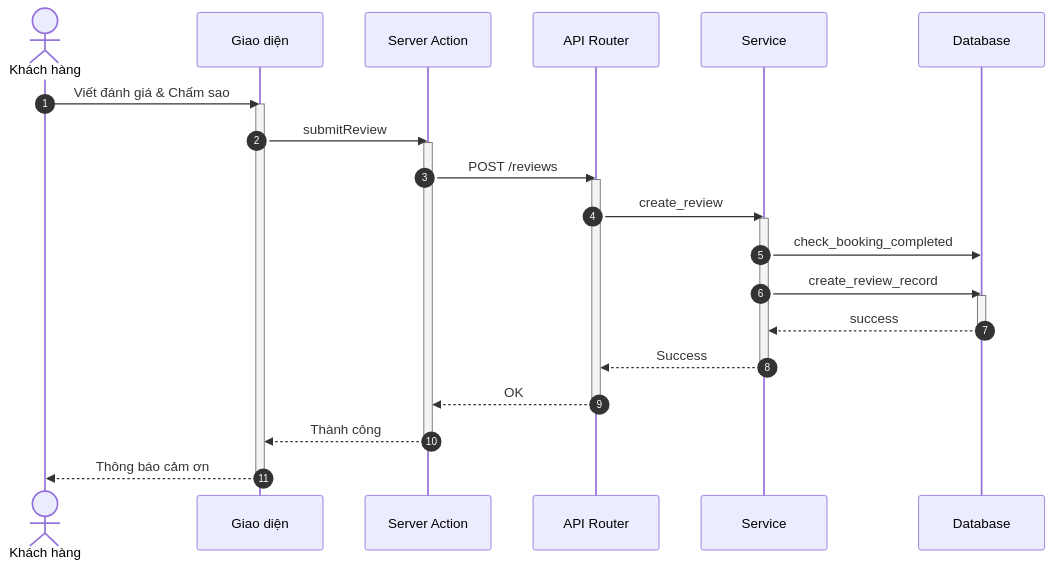
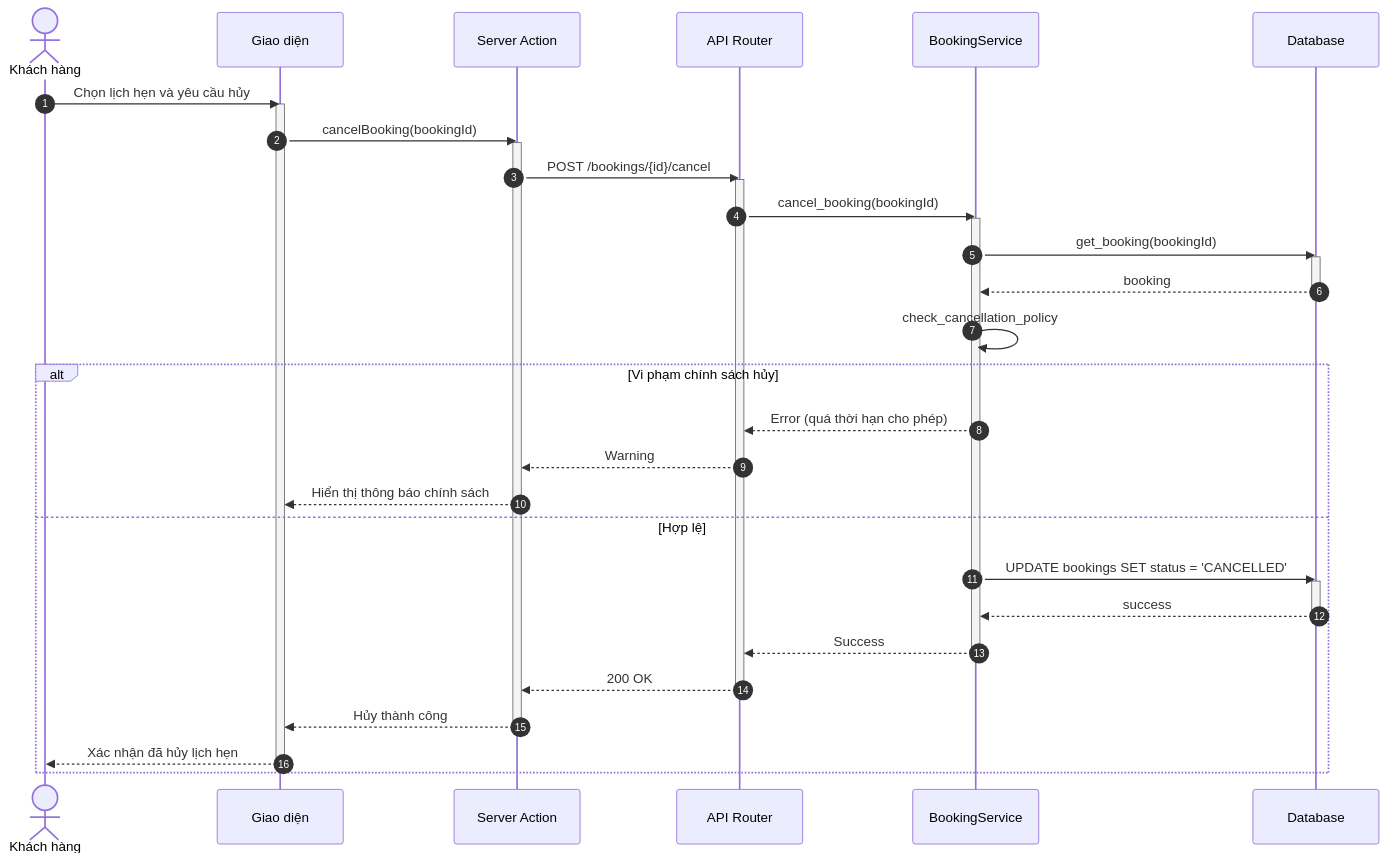
The eighth of 9 diagrams in docs/design/sequences/customer_flows.md (ngoctinn/Synapse), drawn with Mermaid before and after one commit. The commit also changed other lines of this file and 11 other files, not shown here.

Commit message:
docs: Add initial design documentation, including architecture, UI, use cases, and detailed sequence diagrams for various user flows.

````diff
--- a/docs/design/sequences/customer_flows.md
+++ b/docs/design/sequences/customer_flows.md
@@ -361,39 +350,47 @@
 ```mermaid
 sequenceDiagram
     autonumber
     actor KH as Khách hàng
     participant UI as Giao diện
     participant BFF as Server Action
     participant API as API Router
-    participant S as Service
+    participant S as BookingService
     participant DB as Database
 
-    KH->>UI: Viết đánh giá & Chấm sao
+    KH->>UI: Chọn lịch hẹn và yêu cầu hủy
     activate UI
-    UI->>BFF: submitReview
+    UI->>BFF: cancelBooking(bookingId)
     activate BFF
 
-    BFF->>API: POST /reviews
+    BFF->>API: POST /bookings/{id}/cancel
     activate API
 
-    API->>S: create_review
+    API->>S: cancel_booking(bookingId)
     activate S
 
-    S->>DB: check_booking_completed
-    S->>DB: create_review_record
+    S->>DB: get_booking(bookingId)
     activate DB
-    DB-->>S: success
+    DB-->>S: booking
     deactivate DB
 
-    S-->>API: Success
-    deactivate S
+    S->>S: check_cancellation_policy
 
-    API-->>BFF: OK
-    deactivate API
-
-    BFF-->>UI: Thành công
-    deactivate BFF
-
-    UI-->>KH: Thông báo cảm ơn
-    deactivate UI
+    alt Vi phạm chính sách hủy
+        S-->>API: Error (quá thời hạn cho phép)
+        API-->>BFF: Warning
+        BFF-->>UI: Hiển thị thông báo chính sách
+    else Hợp lệ
+        S->>DB: UPDATE bookings SET status = 'CANCELLED'
+        activate DB
+        DB-->>S: success
+        deactivate DB
+        S-->>API: Success
+        deactivate S
+        API-->>BFF: 200 OK
+        deactivate API
+        BFF-->>UI: Hủy thành công
+        deactivate BFF
+        UI-->>KH: Xác nhận đã hủy lịch hẹn
+        deactivate UI
+    end
 ```
````
